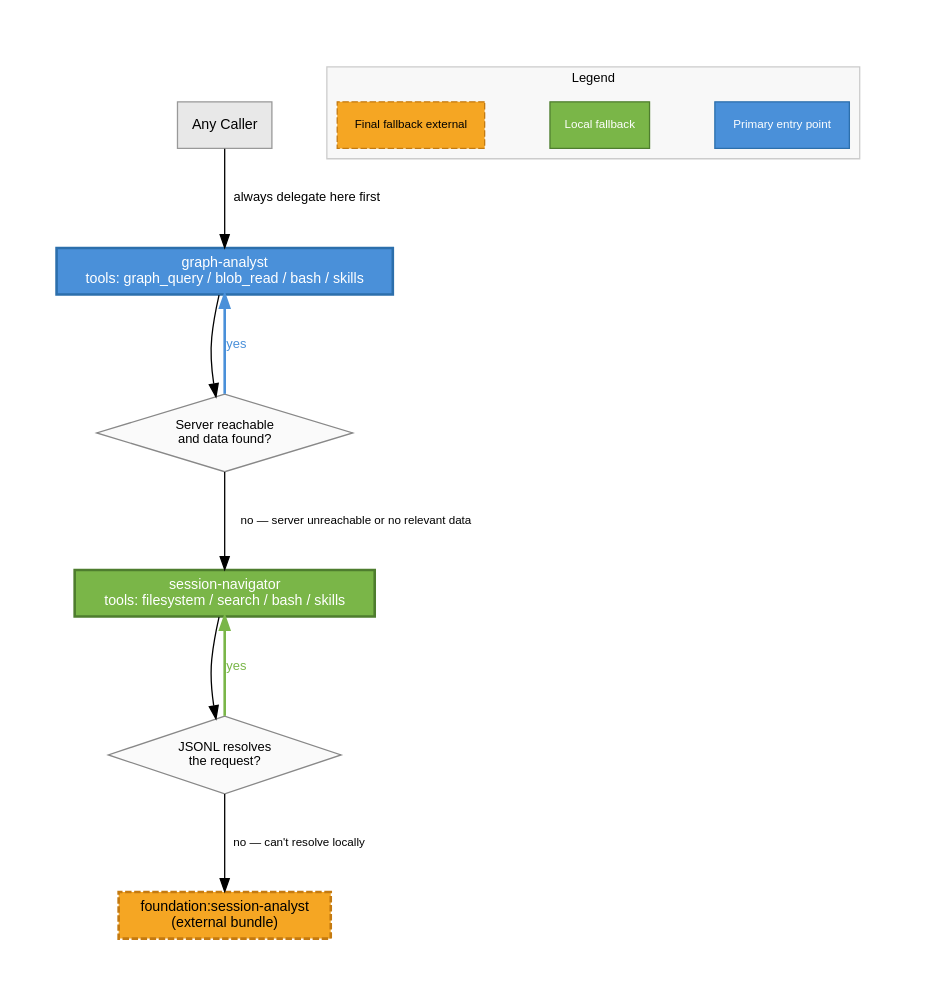
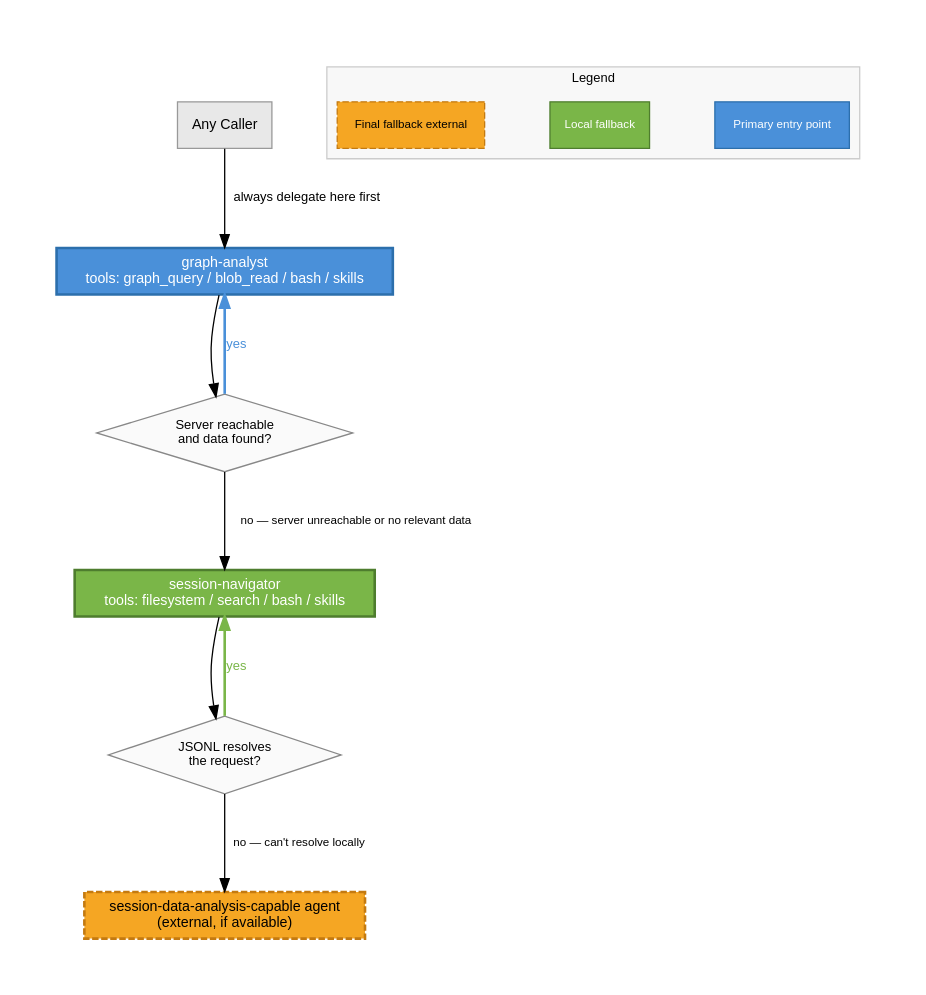
The diagram in context/delegation-strategy.dot (microsoft/amplifier-bundle-context-intelligence), drawn with Graphviz before and after one commit. The commit also changed 3 other files, not shown here.

First line of the commit message:
fix(session-navigator): add Defensive Navigation Protocol to harden context growth (#31)

```diff
--- a/context/delegation-strategy.dot
+++ b/context/delegation-strategy.dot
@@ -1,145 +1,145 @@
 // Delegation Strategy — Agent Delegation Chain
 // Context-Intelligence Bundle
 //
-// Shows the delegation flow: graph-analyst → session-navigator → foundation:session-analyst
+// Shows the delegation flow: graph-analyst → session-navigator → external session-data-analysis-capable agent
 //
 // Render: dot -Tsvg delegation-strategy.dot -o delegation-strategy.svg
 
 digraph delegation_strategy {
     rankdir=TB;
     fontname="Helvetica";
     fontsize=12;
     nodesep=0.7;
     ranksep=0.9;
     pad=0.5;
 
     node [fontname="Helvetica", fontsize=11];
     edge [fontname="Helvetica", fontsize=10];
 
     // --- Box nodes ---
 
     caller [
         label="Any Caller",
         shape=box,
         style=filled,
         fillcolor="#E8E8E8",
         color="#999999"
     ];
 
     graph_analyst [
         label="graph-analyst\ntools: graph_query / blob_read / bash / skills",
         shape=box,
         style=filled,
         fillcolor="#4A90D9",
         fontcolor=white,
         color="#2C6FAC",
         penwidth=2
     ];
 
     navigator [
         label="session-navigator\ntools: filesystem / search / bash / skills",
         shape=box,
         style=filled,
         fillcolor="#7AB648",
         fontcolor=white,
         color="#4E7D2E",
         penwidth=2
     ];
 
     session_analyst [
-        label="foundation:session-analyst\n(external bundle)",
+        label="session-data-analysis-capable agent\n(external, if available)",
         shape=box,
         style="filled,dashed",
         fillcolor="#F5A623",
         color="#C47A10",
         penwidth=2
     ];
 
     // --- Diamond decision nodes ---
 
     server_check [
         label="Server reachable\nand data found?",
         shape=diamond,
         style=filled,
         fillcolor="#FAFAFA",
         color="#888888",
         fontsize=10
     ];
 
     local_check [
         label="JSONL resolves\nthe request?",
         shape=diamond,
         style=filled,
         fillcolor="#FAFAFA",
         color="#888888",
         fontsize=10
     ];
 
     // --- Edges ---
 
     caller -> graph_analyst [label="always delegate here first", fontsize=10];
     graph_analyst -> server_check;
     server_check -> graph_analyst [
         label="yes",
         color="#4A90D9",
         fontcolor="#4A90D9",
         penwidth=2,
         style=bold
     ];
     server_check -> navigator [
         label="no — server unreachable or no relevant data",
         fontsize=9
     ];
     navigator -> local_check;
     local_check -> navigator [
         label="yes",
         color="#7AB648",
         fontcolor="#7AB648",
         penwidth=2,
         style=bold
     ];
     local_check -> session_analyst [
         label="no — can't resolve locally",
         fontsize=9
     ];
 
     // --- Legend ---
 
     subgraph cluster_legend {
         label="Legend";
         style=filled;
         fillcolor="#F8F8F8";
         color="#CCCCCC";
         fontname="Helvetica";
         fontsize=10;
 
         legend_primary [
             label="Primary entry point",
             shape=box,
             style=filled,
             fillcolor="#4A90D9",
             fontcolor=white,
             color="#2C6FAC",
             fontsize=9
         ];
 
         legend_local [
             label="Local fallback",
             shape=box,
             style=filled,
             fillcolor="#7AB648",
             fontcolor=white,
             color="#4E7D2E",
             fontsize=9
         ];
 
         legend_external [
             label="Final fallback external",
             shape=box,
             style="filled,dashed",
             fillcolor="#F5A623",
             color="#C47A10",
             fontsize=9
         ];
     }
 }
```
